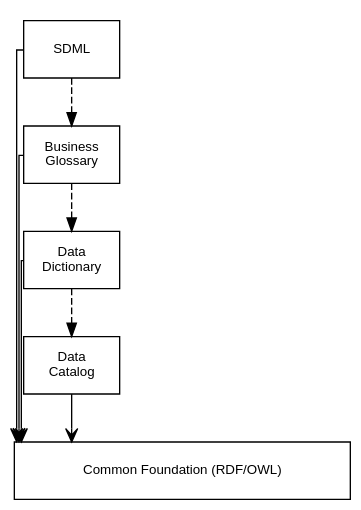
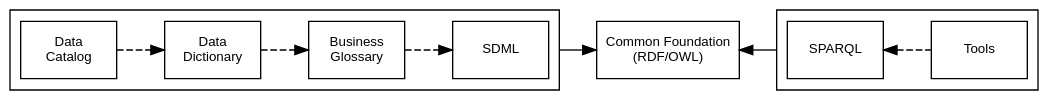
One commit to sdm-lang/tree-sitter-sdml changed the second of 5 diagrams in docs/introduction.org. Above: the diagram before and after it, drawn with Graphviz. The commit also changed other lines of this file and 24 other files, not shown here.

```diff
--- a/docs/introduction.org
+++ b/docs/introduction.org
@@ -217,32 +217,35 @@
 #+BEGIN_SRC dot :file sdml-foundation.svg :exports results
 digraph G {
   bgcolor="transparent";
-  rankdir="TD";
+  compound=true;
+  rankdir="LR";
   fontname="Helvetica,Arial,sans-serif";
-  node [fontname="Helvetica,Arial,sans-serif"; fontsize=10; width=1.0; height=0.6];
+  node [shape="rect"; fontname="Helvetica,Arial,sans-serif"; fontsize=10; width=1.0; height=0.6];
   edge [fontname="Helvetica,Arial,sans-serif"; fontsize=9; fontcolor="darkgrey"];
   splines="ortho";
 
   subgraph cluster_0 {
-    bgcolor="transparent";
-    color="transparent";
-    rankdir="LR";
-
-    sdml [shape="rect"; label="SDML"];
-    catalog [shape="rect"; label="Data\nCatalog"];  
-    dictionary [shape="rect"; label="Data\nDictionary"];  
-    glossary [shape="rect"; label="Business\nGlossary"];
-
-    sdml -> glossary [style="dashed"];
-    glossary -> dictionary [style="dashed"];
-    dictionary -> catalog [style="dashed"];
+    height=1.0;
+    sdml [label="SDML"];
+    catalog [label="Data\nCatalog"];  
+    dictionary [label="Data\nDictionary"];  
+    glossary [label="Business\nGlossary"];
+  
+    glossary -> sdml [style="dashed"];
+    dictionary -> glossary [style="dashed"];
+    catalog -> dictionary [style="dashed"];
   }
   
-  foundation [shape="rect"; width=3.5; label="Common Foundation (RDF/OWL)"];
+  foundation [label="Common Foundation\n(RDF/OWL)"];
+  sdml -> foundation [ltail=cluster_0];
 
-  sdml -> foundation [arrowhead="open"];
-  glossary -> foundation [arrowhead="open"];
-  dictionary -> foundation [arrowhead="open"];
-  catalog -> foundation [arrowhead="open"];
+  subgraph cluster_1 {
+    sparql [label="SPARQL"];
+    tools [label="Tools"];
+
+    sparql -> tools [style="dashed"; dir="back"];
+  }
+
+  foundation -> sparql [lhead=cluster_1; dir="back"];
 }
 #+END_SRC
```
